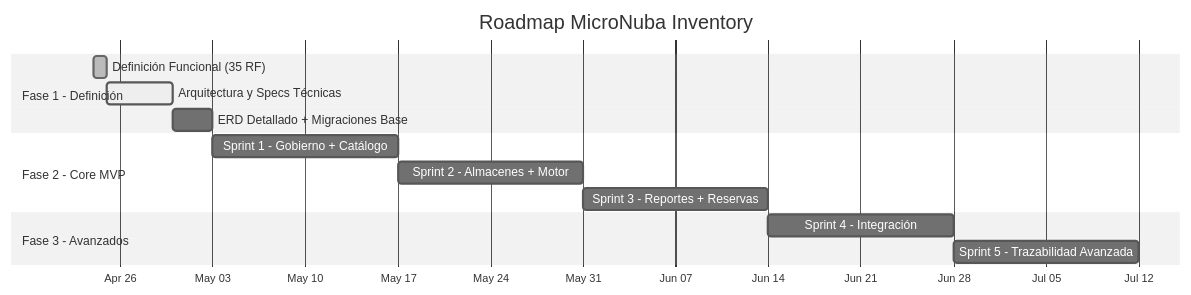
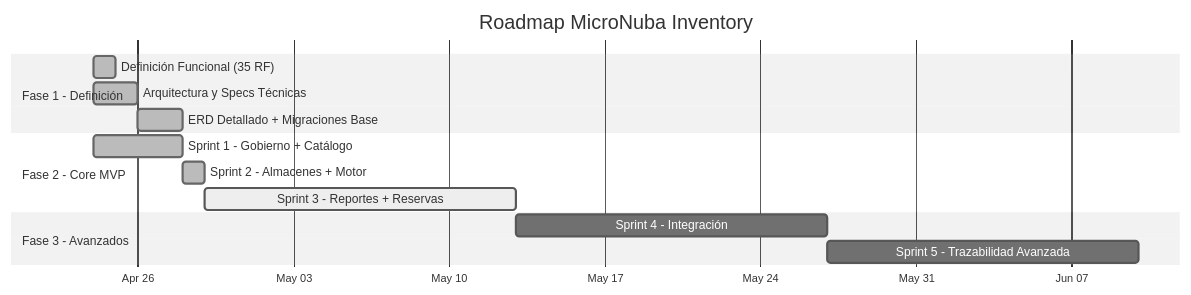
Before and after one commit to deimorga/SAAS-Gestion_Inventarios: the diagram in doc/Planeacion/Planes_Trabajo/plan_trabajo_mvp.md, drawn with Mermaid (neutral theme). The commit also changed other lines of this file and 2 other files, not shown here.

First line of the commit message:
docs(planeacion): crear Sprint 3 y actualizar backlog y plan de trabajo

````diff
--- a/doc/Planeacion/Planes_Trabajo/plan_trabajo_mvp.md
+++ b/doc/Planeacion/Planes_Trabajo/plan_trabajo_mvp.md
@@ -11,20 +11,20 @@
 ```mermaid
 gantt
     title Roadmap MicroNuba Inventory
     dateFormat YYYY-MM-DD
     axisFormat %b %d
 
     section Fase 1 - Definición
     Definición Funcional (35 RF)         :done, f1a, 2026-04-24, 1d
-    Arquitectura y Specs Técnicas        :active, f1b, after f1a, 5d
-    ERD Detallado + Migraciones Base     :f1c, after f1b, 3d
+    Arquitectura y Specs Técnicas        :done, f1b, 2026-04-24, 2d
+    ERD Detallado + Migraciones Base     :done, f1c, 2026-04-26, 2d
 
     section Fase 2 - Core MVP
-    Sprint 1 - Gobierno + Catálogo       :s1, after f1c, 14d
-    Sprint 2 - Almacenes + Motor         :s2, after s1, 14d
-    Sprint 3 - Reportes + Reservas       :s3, after s2, 14d
+    Sprint 1 - Gobierno + Catálogo       :done, s1, 2026-04-24, 4d
+    Sprint 2 - Almacenes + Motor         :done, s2, 2026-04-28, 1d
+    Sprint 3 - Reportes + Reservas       :active, s3, 2026-04-29, 14d
 
     section Fase 3 - Avanzados
     Sprint 4 - Integración               :s4, after s3, 14d
     Sprint 5 - Trazabilidad Avanzada     :s5, after s4, 14d
 ```
````
